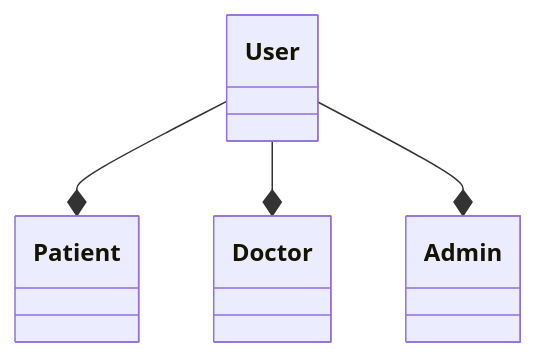
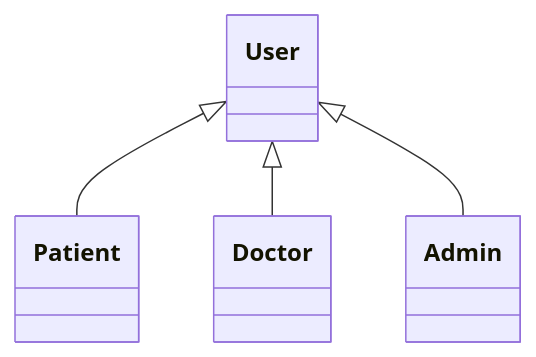
One commit to itvkist/infectious-disease changed the second of 6 diagrams in BE_README.md. Above: the diagram before and after it, drawn with Mermaid.

````diff
--- a/BE_README.md
+++ b/BE_README.md
@@ -9,6 +9,6 @@
 ```mermaid
 classDiagram
-User --* Patient
-User --* Doctor
-User --* Admin
+User <|-- Patient
+User <|-- Doctor
+User <|-- Admin
 ```
````
